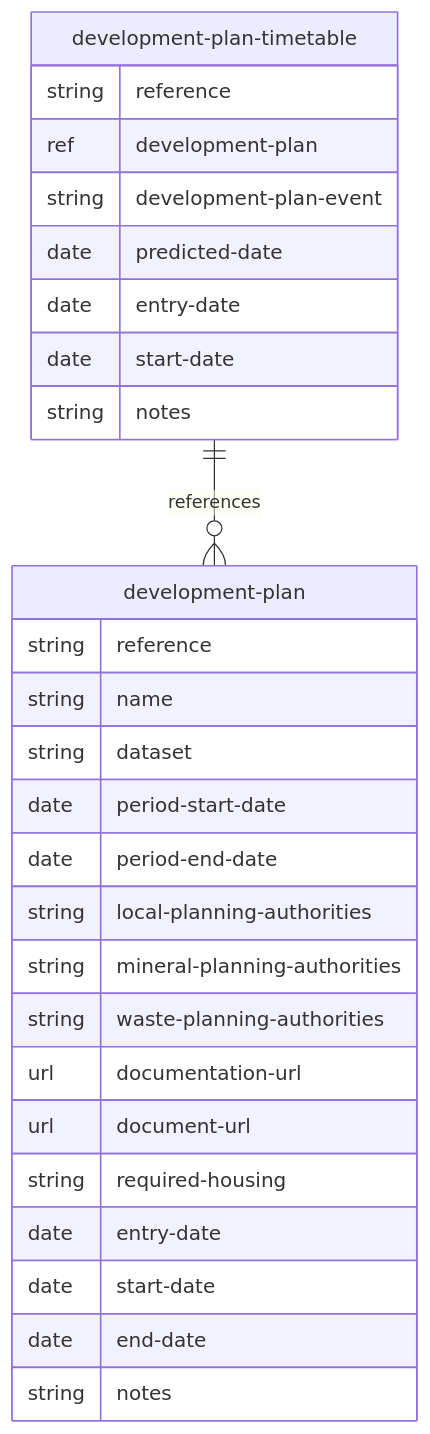
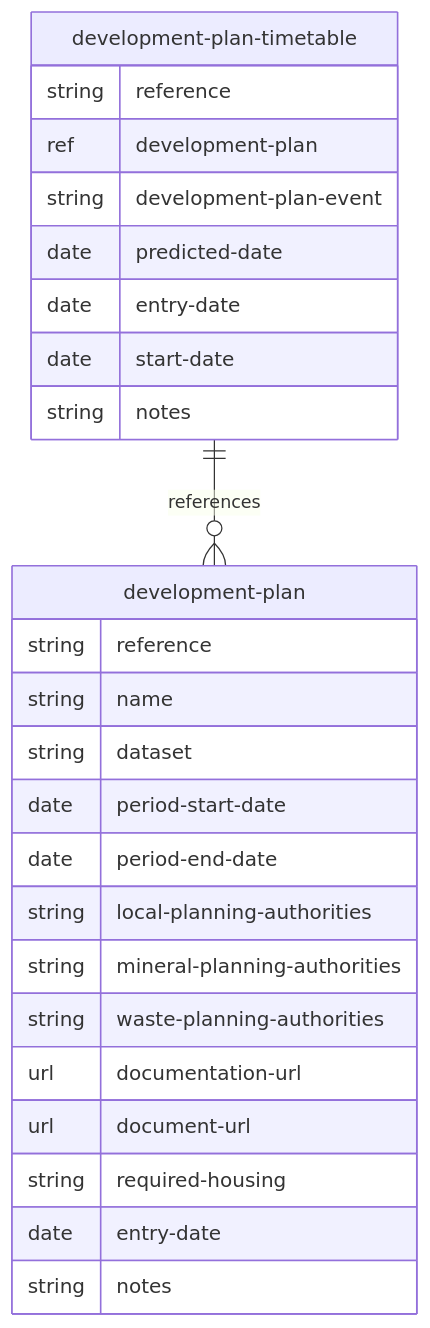
The diagram in docs/mermaid/development-plan.md (digital-land/specification), drawn with Mermaid before and after one commit. The commit also changed 44 other files, not shown here.

````diff
--- a/docs/mermaid/development-plan.md
+++ b/docs/mermaid/development-plan.md
@@ -4,30 +4,28 @@
 ```mermaid
 erDiagram
     development-plan {
         string reference
         string name
         string dataset
         date period-start-date
         date period-end-date
         string local-planning-authorities
         string mineral-planning-authorities
         string waste-planning-authorities
         url documentation-url
         url document-url
         string required-housing
         date entry-date
-        date start-date
-        date end-date
         string notes
     }
     development-plan-timetable {
         string reference
         ref development-plan
         string development-plan-event
         date predicted-date
         date entry-date
         date start-date
         string notes
     }
     development-plan-timetable ||--o{ development-plan : references
 ```
````
